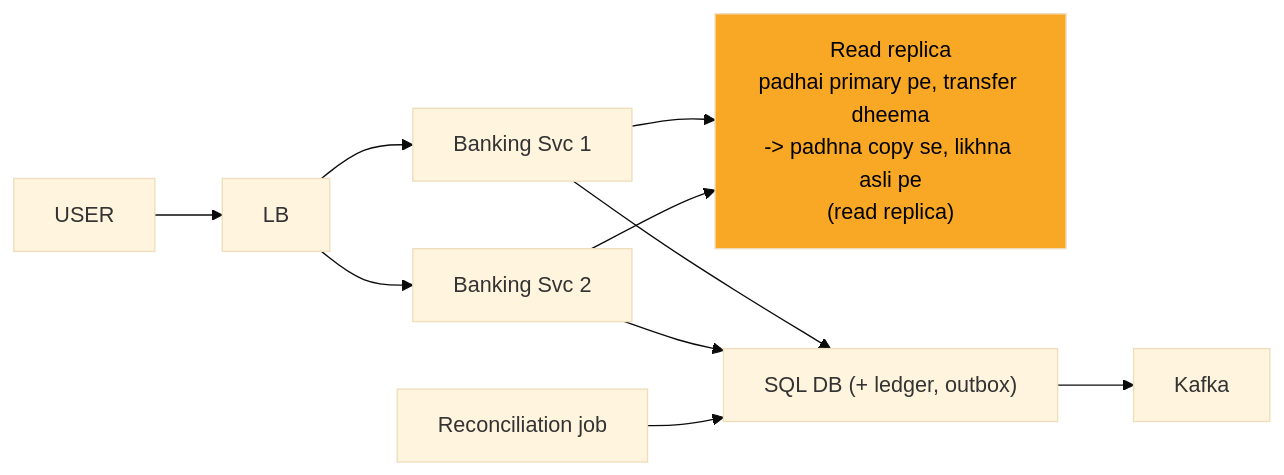
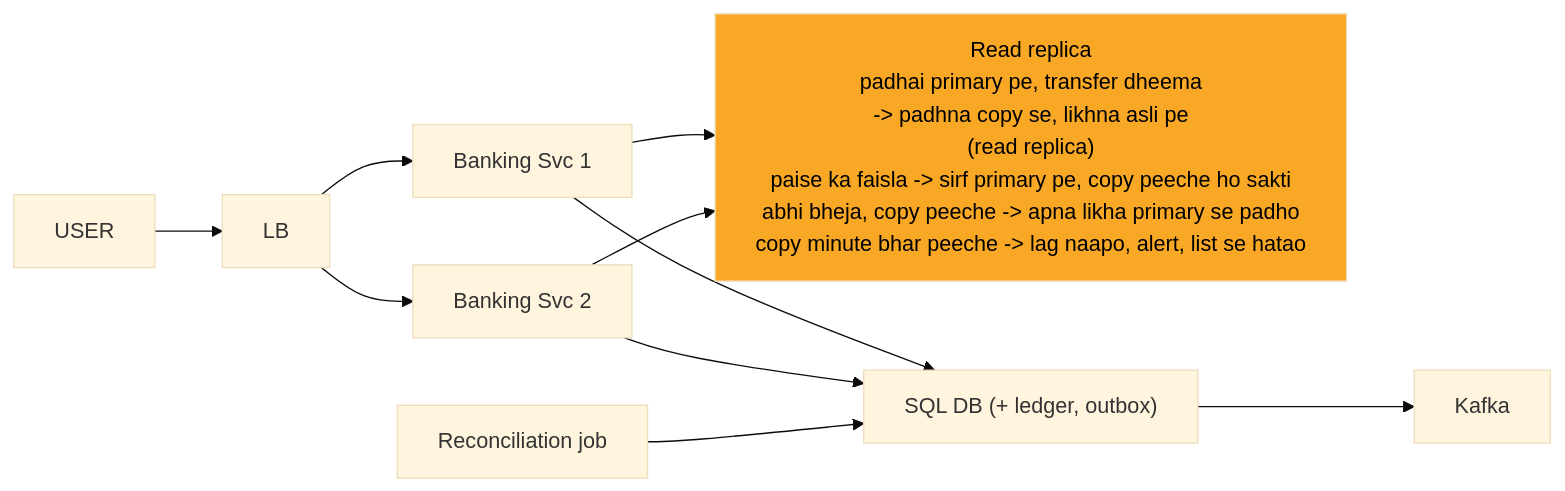
One commit to ArpanMaheshwari144/Prep changed the ninth of 13 diagrams in 04_HLD/SYSTEM_DESIGNS/13_banking_system/13_banking_system.md. Above: the diagram before and after it, drawn with Mermaid (base theme). The commit also changed other lines of this file and 12 other files, not shown here.

Commit message:
hld 02-14: peele dabbe me SAFAR ke mod + diagram chauda (wrappingWidth 450)

````diff
--- a/04_HLD/SYSTEM_DESIGNS/13_banking_system/13_banking_system.md
+++ b/04_HLD/SYSTEM_DESIGNS/13_banking_system/13_banking_system.md
@@ -288,21 +297,22 @@
 ```mermaid
+%%{init: {"flowchart": {"wrappingWidth": 450}}}%%
 flowchart LR
     n_USER["USER"]
     n_LB["LB"]
     n_S1["Banking Svc 1"]
     n_S2["Banking Svc 2"]
-    n_RR["Read replica<br/>padhai primary pe, transfer dheema<br/>-> padhna copy se, likhna asli pe<br/>(read replica)"]
+    n_RR["Read replica<br/>padhai primary pe, transfer dheema<br/>-> padhna copy se, likhna asli pe<br/>(read replica)<br/>paise ka faisla -> sirf primary pe, copy peeche ho sakti<br/>abhi bheja, copy peeche -> apna likha primary se padho<br/>copy minute bhar peeche -> lag naapo, alert, list se hatao"]
     n_DB["SQL DB (+ ledger, outbox)"]
     n_K["Kafka"]
     n_REC["Reconciliation job"]
     n_USER --> n_LB
     n_LB --> n_S1
     n_LB --> n_S2
     n_S1 --> n_RR
     n_S2 --> n_RR
     n_S1 --> n_DB
     n_S2 --> n_DB
     n_DB --> n_K
     n_REC --> n_DB
     style n_RR fill:#f9a825,color:#000
 ```
````
